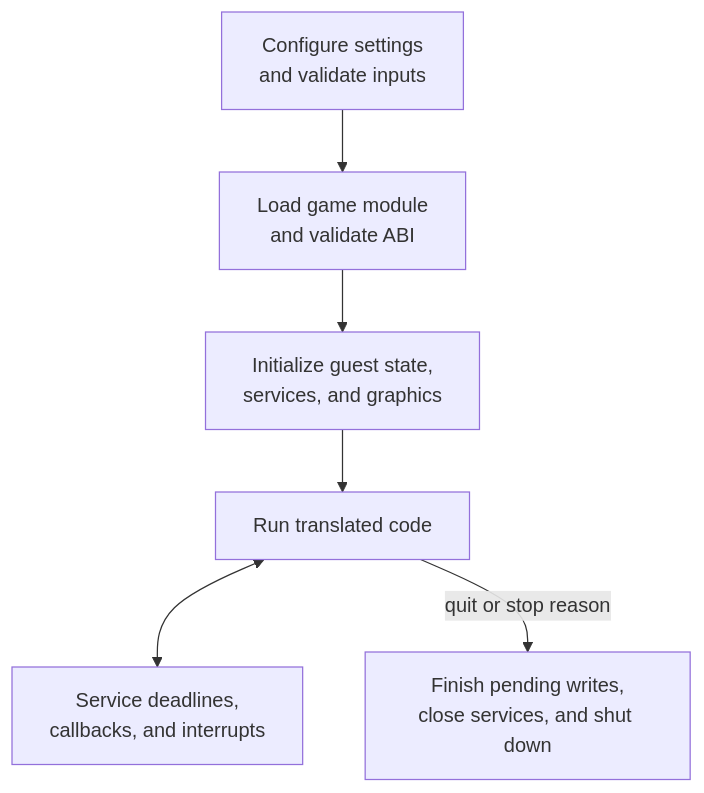
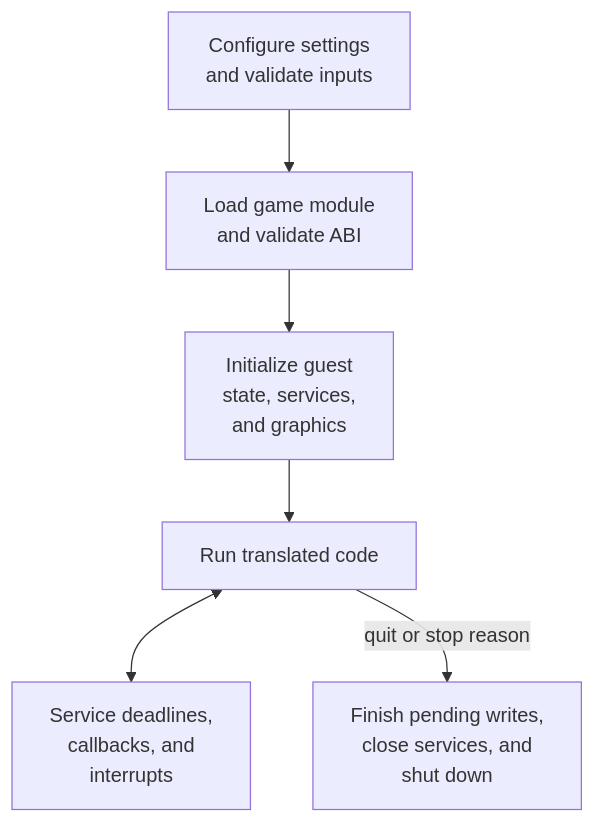
Before and after one commit to Aelbannan/boat_of_daphnes: the eighth of 9 diagrams in docs/architecture/Host.md, drawn with Mermaid. The commit also changed other lines of this file and 7 other files, not shown here.

Commit message:
Wrap Mermaid diagram labels

````diff
--- a/docs/architecture/Host.md
+++ b/docs/architecture/Host.md
@@ -258,13 +258,13 @@
 ```mermaid
 flowchart TD
     Configure["Configure settings<br/>and validate inputs"]
     Load["Load game module<br/>and validate ABI"]
-    Initialize["Initialize guest state,<br/>services, and graphics"]
+    Initialize["Initialize guest<br/>state, services,<br/>and graphics"]
     Run["Run translated code"]
-    Service["Service deadlines,<br/>callbacks, and interrupts"]
-    Stop["Finish pending writes,<br/>close services, and shut down"]
+    Service["Service deadlines,<br/>callbacks, and<br/>interrupts"]
+    Stop["Finish pending writes,<br/>close services, and<br/>shut down"]
 
     Configure --> Load --> Initialize --> Run
     Run <--> Service
     Run -->|"quit or stop reason"| Stop
 ```
````
